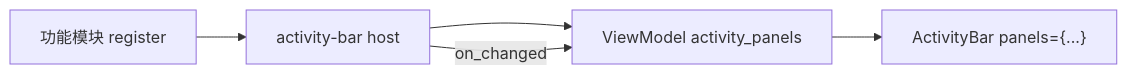
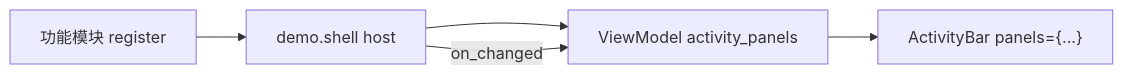
The first of 2 diagrams in docs/09-architecture/contribution-system.md (Rust-Framework/rust-gpui-rml), drawn with Mermaid before and after one commit. The commit also changed other lines of this file and 88 other files, not shown here.

````diff
--- a/docs/09-architecture/contribution-system.md
+++ b/docs/09-architecture/contribution-system.md
@@ -32,7 +32,7 @@
 ```mermaid
 flowchart LR
-    Mod[功能模块 register] --> Host[activity-bar host]
+    Mod[功能模块 register] --> Host[demo.shell host]
     Host --> VM["ViewModel activity_panels"]
     VM --> RML["ActivityBar panels={...}"]
     Host -->|on_changed| VM
 ```
````
